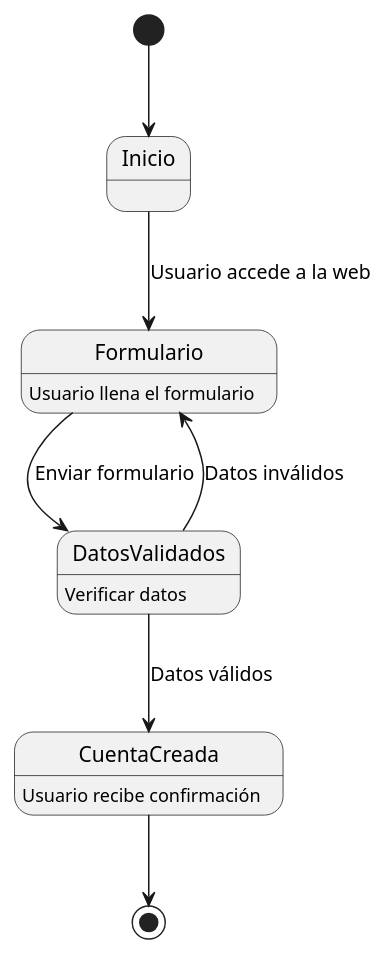
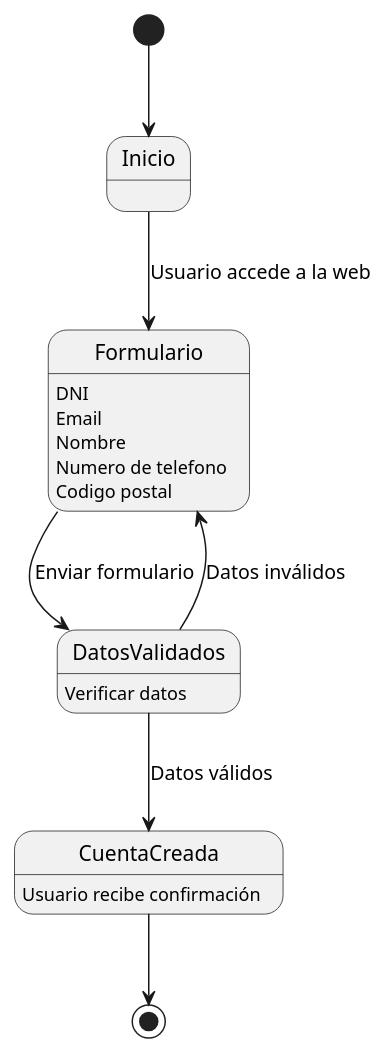
The diagram in CasosDeUso/Procesos/CduCreacionDeCuenta/diagramaDeEstado.puml (pablarce/23-24-IdSw1-SDR), drawn with PlantUML before and after one commit.

Commit message:
Cambio en diagrama de estado

```diff
--- a/CasosDeUso/Procesos/CduCreacionDeCuenta/diagramaDeEstado.puml
+++ b/CasosDeUso/Procesos/CduCreacionDeCuenta/diagramaDeEstado.puml
@@ -1,11 +1,11 @@
 @startuml
 [*] --> Inicio
 Inicio --> Formulario : Usuario accede a la web
-Formulario : Usuario llena el formulario
+Formulario : DNI\nEmail\nNombre\nNumero de telefono\nCodigo postal
 Formulario --> DatosValidados : Enviar formulario
 DatosValidados : Verificar datos
 DatosValidados --> CuentaCreada : Datos válidos
 DatosValidados --> Formulario : Datos inválidos
 CuentaCreada : Usuario recibe confirmación
 CuentaCreada --> [*]
 @enduml
```
